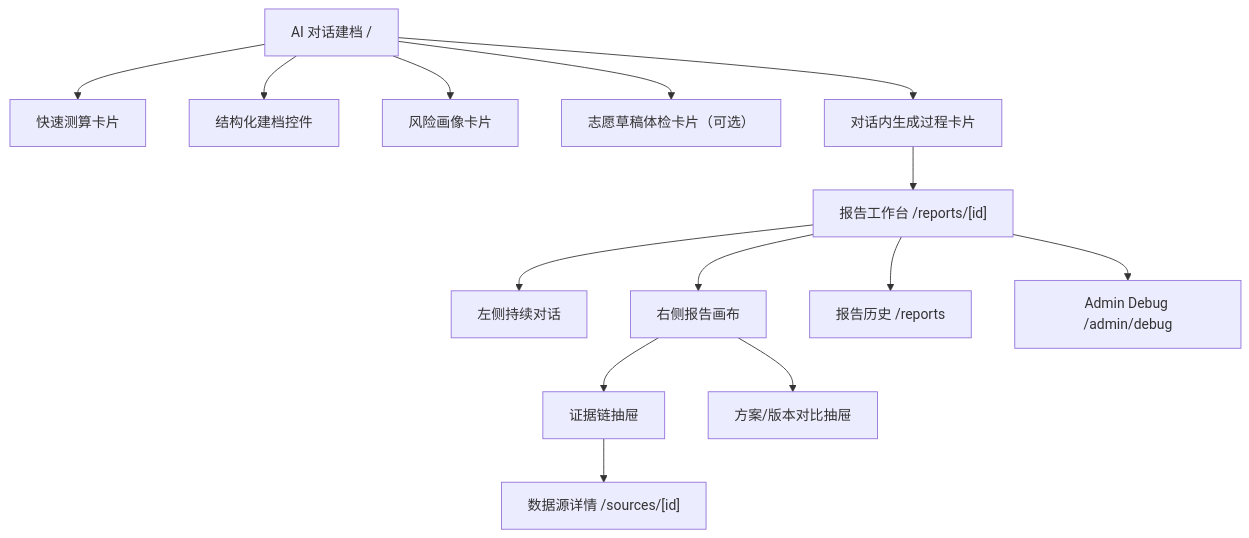
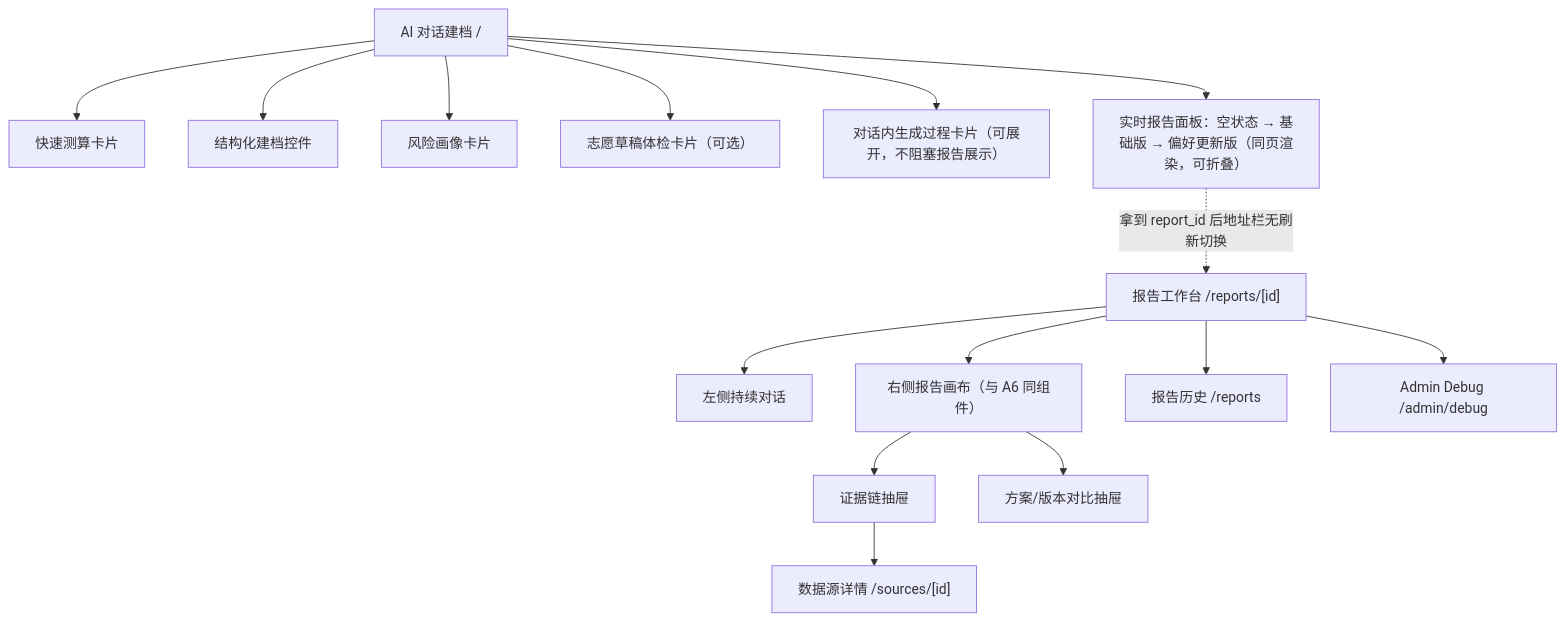
One commit to debugzhao/jin-guide changed the first of 6 diagrams in docs/frontend-prd-v2.md. Above: the diagram before and after it, drawn with Mermaid. The commit also changed other lines of this file and 1 other file, not shown here.

````diff
--- a/docs/frontend-prd-v2.md
+++ b/docs/frontend-prd-v2.md
@@ -179,16 +180,17 @@
 ```mermaid
 flowchart TD
   A["AI 对话建档 /"] --> A1["快速测算卡片"]
   A --> A2["结构化建档控件"]
   A --> A3["风险画像卡片"]
   A --> A4["志愿草稿体检卡片（可选）"]
-  A --> A5["对话内生成过程卡片"]
-  A5 --> B["报告工作台 /reports/[id]"]
+  A --> A5["对话内生成过程卡片（可展开，不阻塞报告展示）"]
+  A --> A6["实时报告面板：空状态 → 基础版 → 偏好更新版（同页渲染，可折叠）"]
+  A6 -. "拿到 report_id 后地址栏无刷新切换" .-> B["报告工作台 /reports/[id]"]
   B --> B1["左侧持续对话"]
-  B --> B2["右侧报告画布"]
+  B --> B2["右侧报告画布（与 A6 同组件）"]
   B2 --> B3["证据链抽屉"]
   B2 --> B4["方案/版本对比抽屉"]
   B3 --> C["数据源详情 /sources/[id]"]
   B --> D["报告历史 /reports"]
   B --> E["Admin Debug /admin/debug"]
 ```
````
